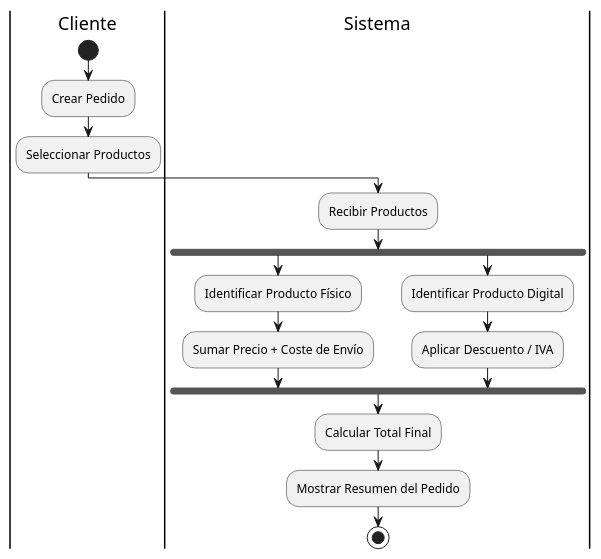
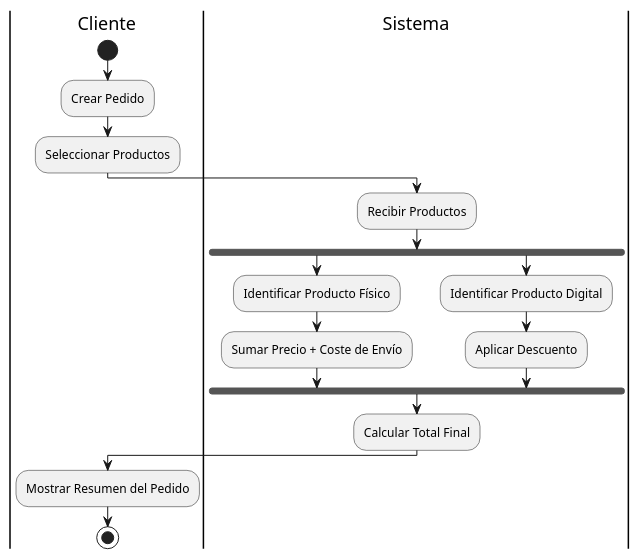
The diagram in Entornos de Desarrollo/Proyecto_gestionPedidos_parte2/actividad.puml (shadowbirdo/JFGonzalezPublicProjects), drawn with PlantUML before and after one commit. The commit also changed 3 other files, not shown here.

Commit message:
Tweaked the behavioural diagrams for ENDES

```diff
--- a/Entornos de Desarrollo/Proyecto_gestionPedidos_parte2/actividad.puml
+++ b/Entornos de Desarrollo/Proyecto_gestionPedidos_parte2/actividad.puml
@@ -1,25 +1,27 @@
 @startuml
 skinparam conditionStyle diamond
 skinparam monochrome true
 
 |Cliente|
 start
 :Crear Pedido;
 :Seleccionar Productos;
 
 |Sistema|
 :Recibir Productos;
 
 fork
     :Identificar Producto Físico;
     :Sumar Precio + Coste de Envío;
 fork again
     :Identificar Producto Digital;
-    :Aplicar Descuento / IVA;
+    :Aplicar Descuento;
 end fork
 
 :Calcular Total Final;
+
+|Cliente|
 :Mostrar Resumen del Pedido;
 stop
 
 @enduml
```
